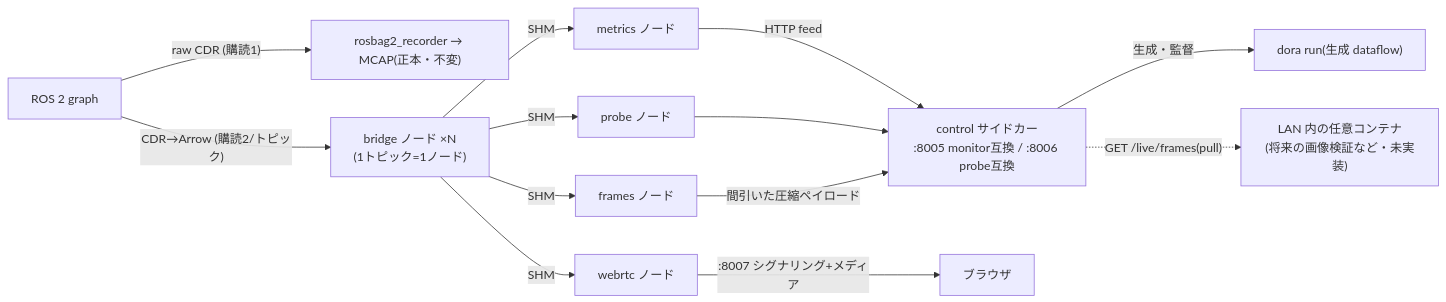
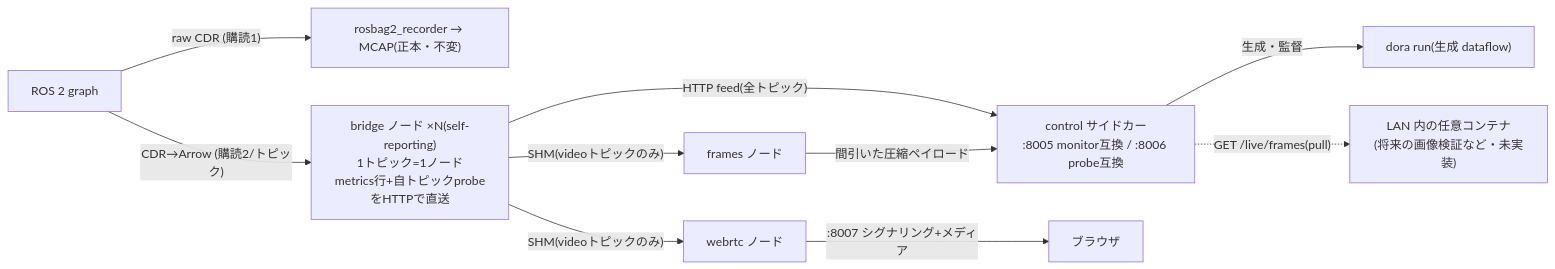
One commit to sige0002/kairos changed the diagram in docs/specs/ja/dora_live.md. Above: the diagram before and after it, drawn with Mermaid. The commit also changed other lines of this file and 13 other files, not shown here.

````diff
--- a/docs/specs/ja/dora_live.md
+++ b/docs/specs/ja/dora_live.md
@@ -24,12 +24,11 @@
 ```mermaid
 flowchart LR
     ROS["ROS 2 graph"] -->|"raw CDR (購読1)"| REC["rosbag2_recorder → MCAP(正本・不変)"]
-    ROS -->|"CDR→Arrow (購読2/トピック)"| B["bridge ノード ×N<br/>(1トピック=1ノード)"]
-    B -->|SHM| M["metrics ノード"] & P["probe ノード"] & F["frames ノード"] & W["webrtc ノード"]
-    M -->|HTTP feed| C["control サイドカー<br/>:8005 monitor互換 / :8006 probe互換"]
-    P --> C
+    ROS -->|"CDR→Arrow (購読2/トピック)"| B["bridge ノード ×N(self-reporting)<br/>1トピック=1ノード<br/>metrics行+自トピックprobeをHTTPで直送"]
+    B -->|"HTTP feed(全トピック)"| C["control サイドカー<br/>:8005 monitor互換 / :8006 probe互換"]
+    B -->|"SHM(videoトピックのみ)"| F["frames ノード"] & W["webrtc ノード"]
     F -->|"間引いた圧縮ペイロード"| C
     W -->|":8007 シグナリング+メディア"| BR["ブラウザ"]
     C -->|生成・監督| DF["dora run(生成 dataflow)"]
     C -.->|"GET /live/frames(pull)"| EXT["LAN 内の任意コンテナ<br/>(将来の画像検証など・未実装)"]
 ```
````
